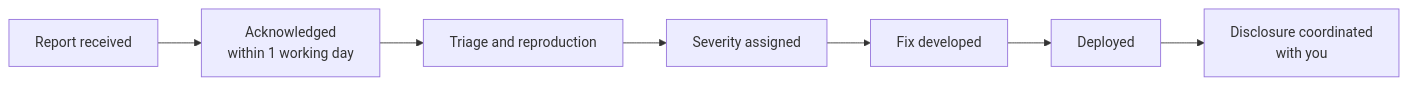
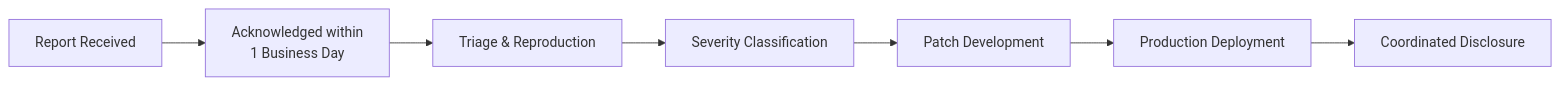
Before and after one commit to rempprandy/docs: the diagram in security/reporting-a-vulnerability.mdx, drawn with Mermaid. The commit also changed other lines of this file and 37 other files, not shown here.

````diff
--- a/security/reporting-a-vulnerability.mdx
+++ b/security/reporting-a-vulnerability.mdx
@@ -57,9 +56,9 @@
 ```mermaid
 flowchart LR
-    A[Report received] --> B[Acknowledged<br/>within 1 working day]
-    B --> C[Triage and reproduction]
-    C --> D[Severity assigned]
-    D --> E[Fix developed]
-    E --> F[Deployed]
-    F --> G[Disclosure coordinated<br/>with you]
+    A[Report Received] --> B[Acknowledged within<br/>1 Business Day]
+    B --> C[Triage & Reproduction]
+    C --> D[Severity Classification]
+    D --> E[Patch Development]
+    E --> F[Production Deployment]
+    F --> G[Coordinated Disclosure]
 ```
````
